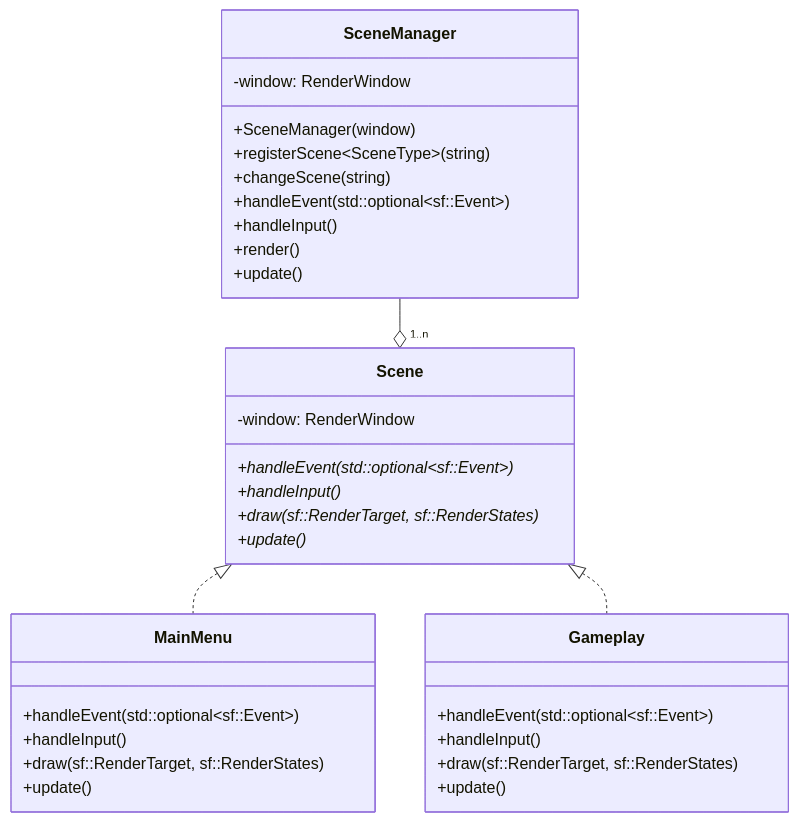
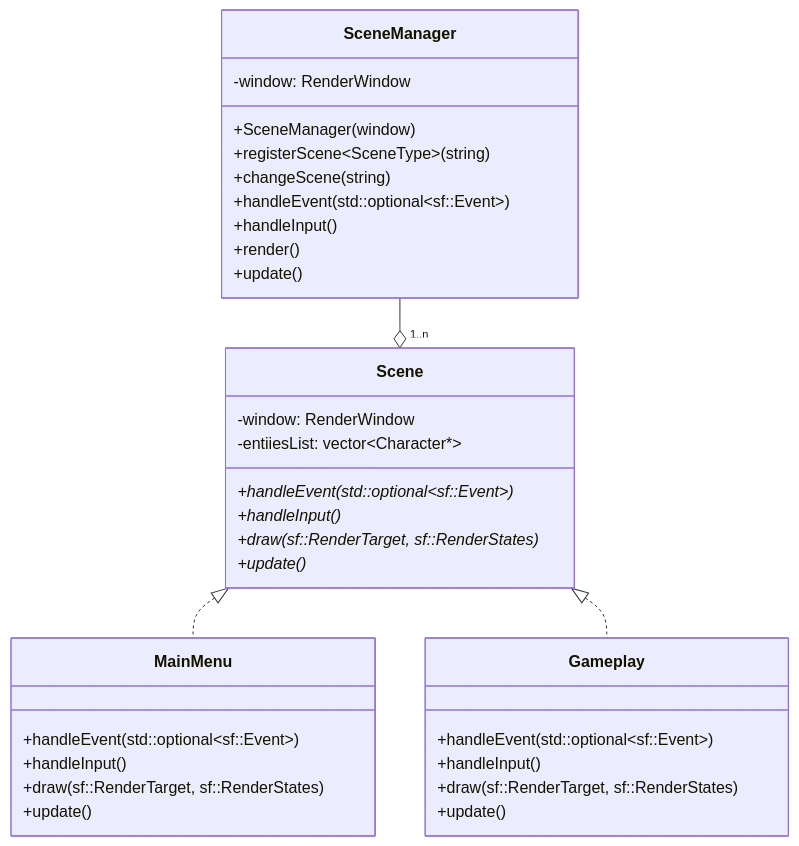
One commit to Bix2llets/CS202-Game-Programming-Project changed the first of 2 diagrams in docs/architecture.md. Above: the diagram before and after it, drawn with Mermaid. The commit also changed other lines of this file and 50 other files, not shown here.

````diff
--- a/docs/architecture.md
+++ b/docs/architecture.md
@@ -5,41 +5,39 @@
 ```mermaid
 classDiagram
 class SceneManager {
     -window: RenderWindow
     
     +SceneManager(window)
     +registerScene~SceneType~(string)
     +changeScene(string)
 
     +handleEvent(std::optional~sf::Event~)
     +handleInput()
     +render()
     +update()
 }
 SceneManager --o "1..n" Scene
 class Scene {
     -window: RenderWindow
-
+    -entiiesList: vector~Character*~ 
     +handleEvent(std::optional~sf::Event~)*
     +handleInput()*
     +draw(sf::RenderTarget, sf::RenderStates)*
     +update()*
 }
 Scene <|.. MainMenu
 Scene <|.. Gameplay
 
 class MainMenu {
     +handleEvent(std::optional~sf::Event~)
     +handleInput()
     +draw(sf::RenderTarget, sf::RenderStates)
     +update()
 }
 class Gameplay {
-
     +handleEvent(std::optional~sf::Event~)
     +handleInput()
     +draw(sf::RenderTarget, sf::RenderStates)
     +update()
 }
-
 ```
````
